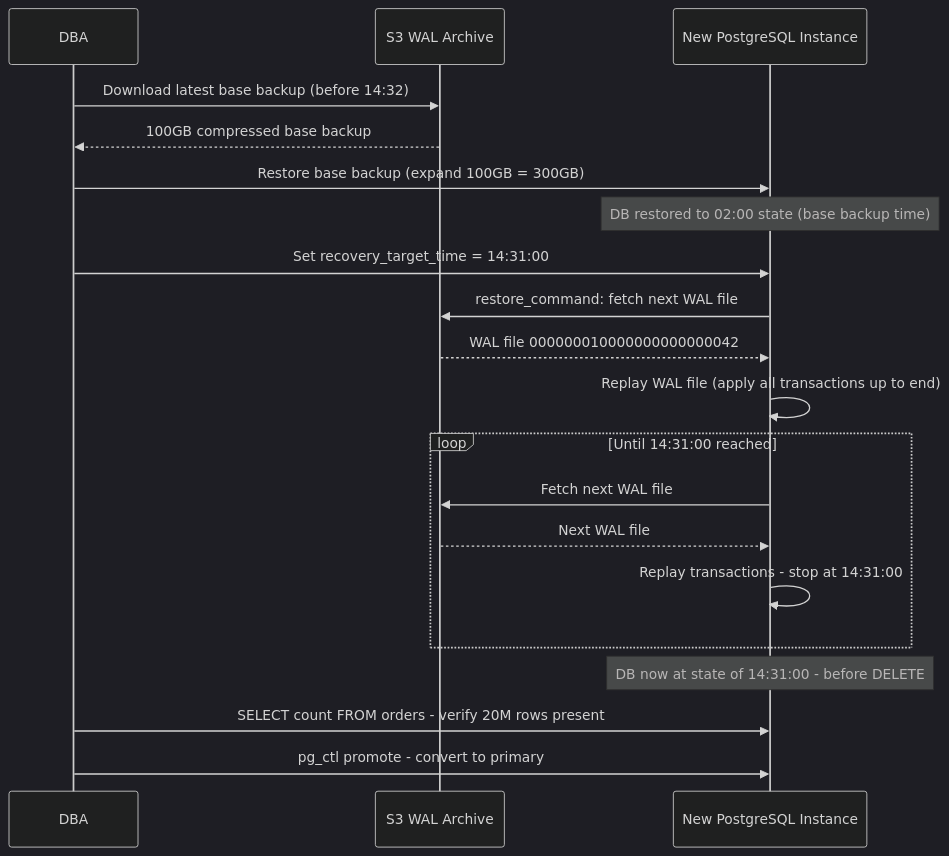
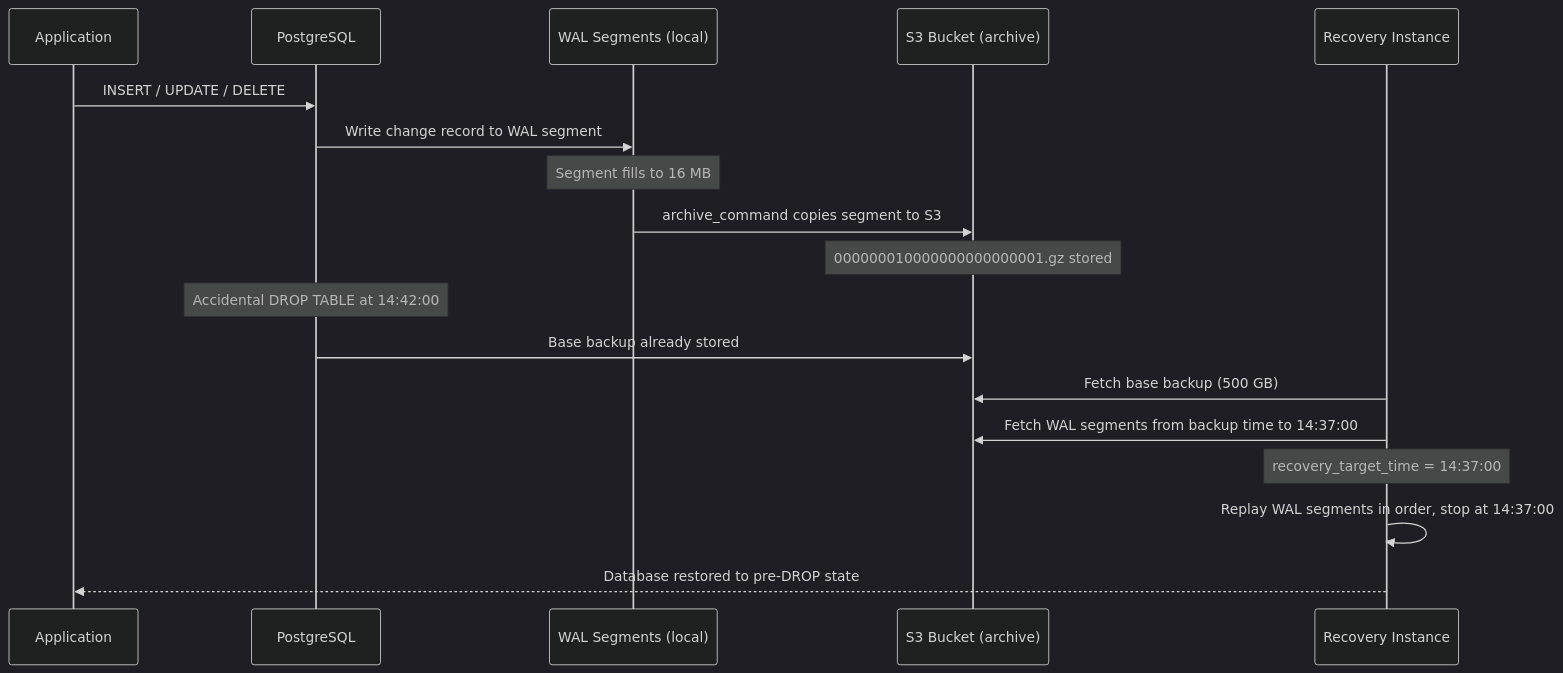
The third of 11 diagrams in docs-site/content/12-interview-prep/question-bank/databases/database-backup-recovery.md (gauravprwl14/system-design-course), drawn with Mermaid (dark theme) before and after one commit. The commit also changed other lines of this file and 3 other files, not shown here.

Commit message:
feat(question-bank): add cache-stampede, database-backup-recovery, oauth2-oidc

````diff
--- a/docs-site/content/12-interview-prep/question-bank/databases/database-backup-recovery.md
+++ b/docs-site/content/12-interview-prep/question-bank/databases/database-backup-recovery.md
@@ -201,25 +135,23 @@
 ```mermaid
 sequenceDiagram
-  participant DBA
-  participant S3 as S3 WAL Archive
-  participant NewDB as New PostgreSQL Instance
+  participant App as Application
+  participant PG as PostgreSQL
+  participant WAL as WAL Segments (local)
+  participant S3 as S3 Bucket (archive)
+  participant Standby as Recovery Instance
 
-  DBA->>S3: Download latest base backup (before 14:32)
-  S3-->>DBA: 100GB compressed base backup
-  DBA->>NewDB: Restore base backup (expand 100GB = 300GB)
-  Note over NewDB: DB restored to 02:00 state (base backup time)
+  App->>PG: INSERT / UPDATE / DELETE
+  PG->>WAL: Write change record to WAL segment
+  Note over WAL: Segment fills to 16 MB
+  WAL->>S3: archive_command copies segment to S3
+  Note over S3: 000000010000000000000001.gz stored
 
-  DBA->>NewDB: Set recovery_target_time = 14:31:00
-  NewDB->>S3: restore_command: fetch next WAL file
-  S3-->>NewDB: WAL file 000000010000000000000042
-  NewDB->>NewDB: Replay WAL file (apply all transactions up to end)
-  loop Until 14:31:00 reached
-    NewDB->>S3: Fetch next WAL file
-    S3-->>NewDB: Next WAL file
-    NewDB->>NewDB: Replay transactions - stop at 14:31:00
-  end
+  Note over PG: Accidental DROP TABLE at 14:42:00
 
-  Note over NewDB: DB now at state of 14:31:00 - before DELETE
-  DBA->>NewDB: SELECT count FROM orders - verify 20M rows present
-  DBA->>NewDB: pg_ctl promote - convert to primary
+  PG->>S3: Base backup already stored
+  Standby->>S3: Fetch base backup (500 GB)
+  Standby->>S3: Fetch WAL segments from backup time to 14:37:00
+  Note over Standby: recovery_target_time = 14:37:00
+  Standby->>Standby: Replay WAL segments in order, stop at 14:37:00
+  Standby-->>App: Database restored to pre-DROP state
 ```
````
